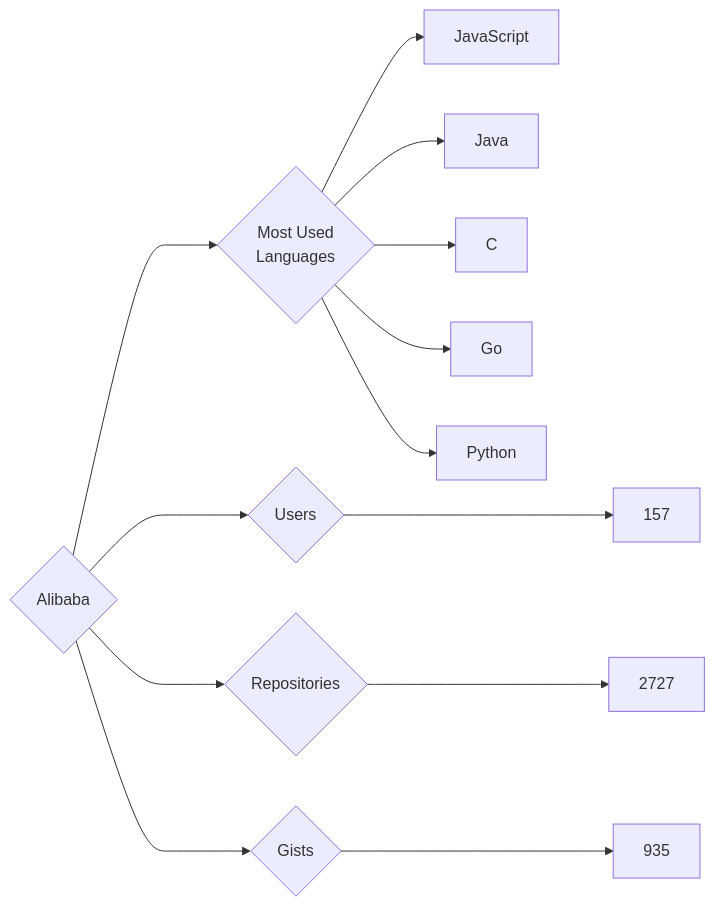
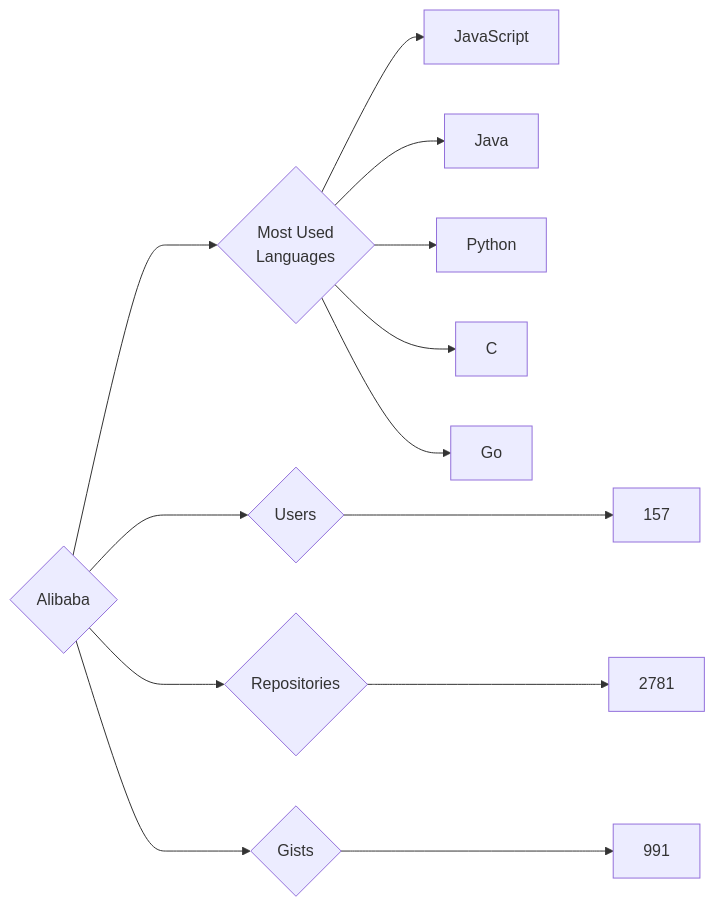
Before and after one commit to trickest/insiders: the diagram in targets/Alibaba/README.md, drawn with Mermaid. The commit also changed 899 other files, not shown here.

````diff
--- a/targets/Alibaba/README.md
+++ b/targets/Alibaba/README.md
@@ -3,13 +3,13 @@
 ```mermaid
 graph LR
 COMPANY_NAME{Alibaba}
 COMPANY_NAME ---> U{Users} ---> UN[157]
-COMPANY_NAME ---> R{Repositories} ---> RN[2727]
-COMPANY_NAME ---> G{Gists} ---> GN[935]
+COMPANY_NAME ---> R{Repositories} ---> RN[2781]
+COMPANY_NAME ---> G{Gists} ---> GN[991]
 COMPANY_NAME ---> ML{Most Used<br>Languages}
 ML --> JavaScript[JavaScript]
 ML --> Java[Java]
+ML --> Python[Python]
 ML --> C[C]
 ML --> Go[Go]
-ML --> Python[Python]
 ```
````
